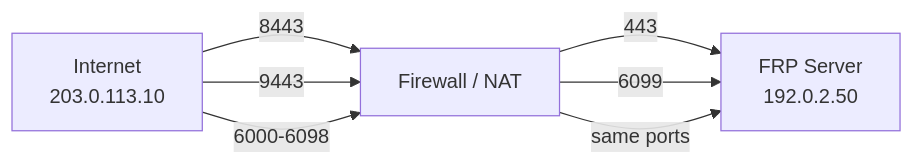
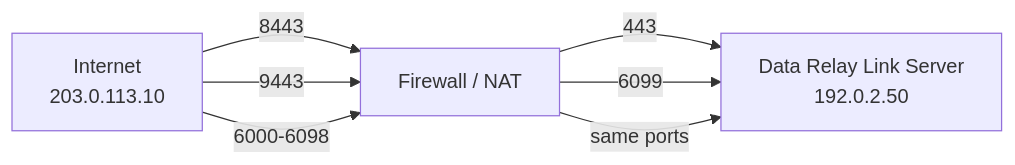
One commit to datarelay-labs/data-relay-link-docs changed the third of 3 diagrams in ko/getting-started/server-installation.mdx. Above: the diagram before and after it, drawn with Mermaid. The commit also changed other lines of this file and 32 other files, not shown here.

````diff
--- a/ko/getting-started/server-installation.mdx
+++ b/ko/getting-started/server-installation.mdx
@@ -60,10 +60,10 @@
 ```mermaid
 flowchart LR
     I[Internet\n203.0.113.10]
     F[Firewall / NAT]
-    S[FRP Server\n192.0.2.50]
+    S[Data Relay Link Server\n192.0.2.50]
 
     I -->|8443| F -->|443| S
     I -->|9443| F -->|6099| S
     I -->|6000-6098| F -->|same ports| S
 ```
````
